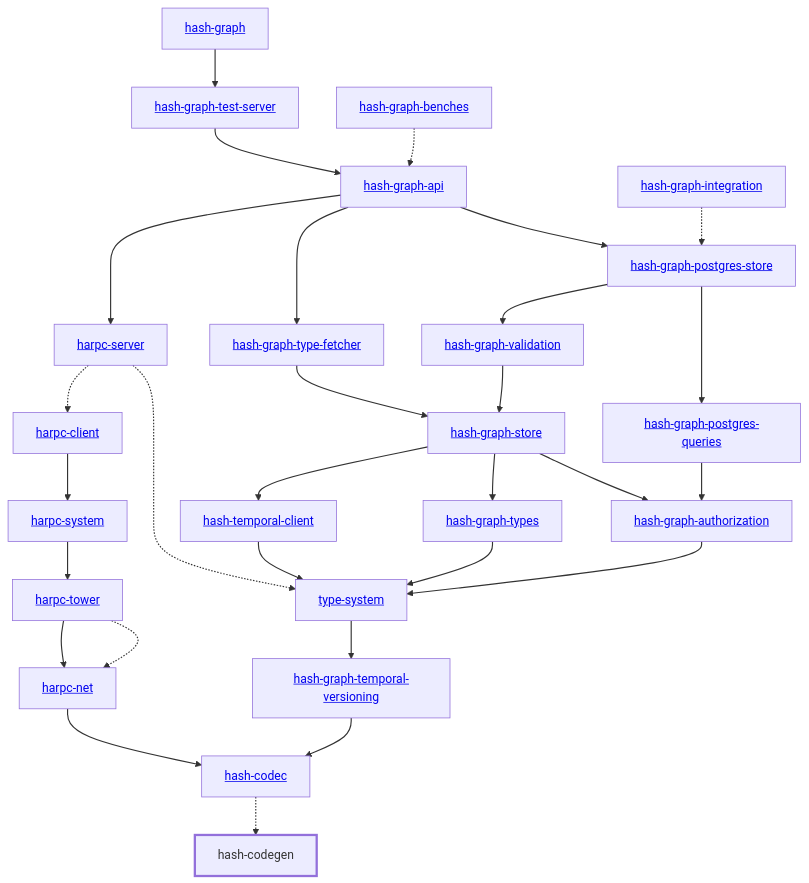
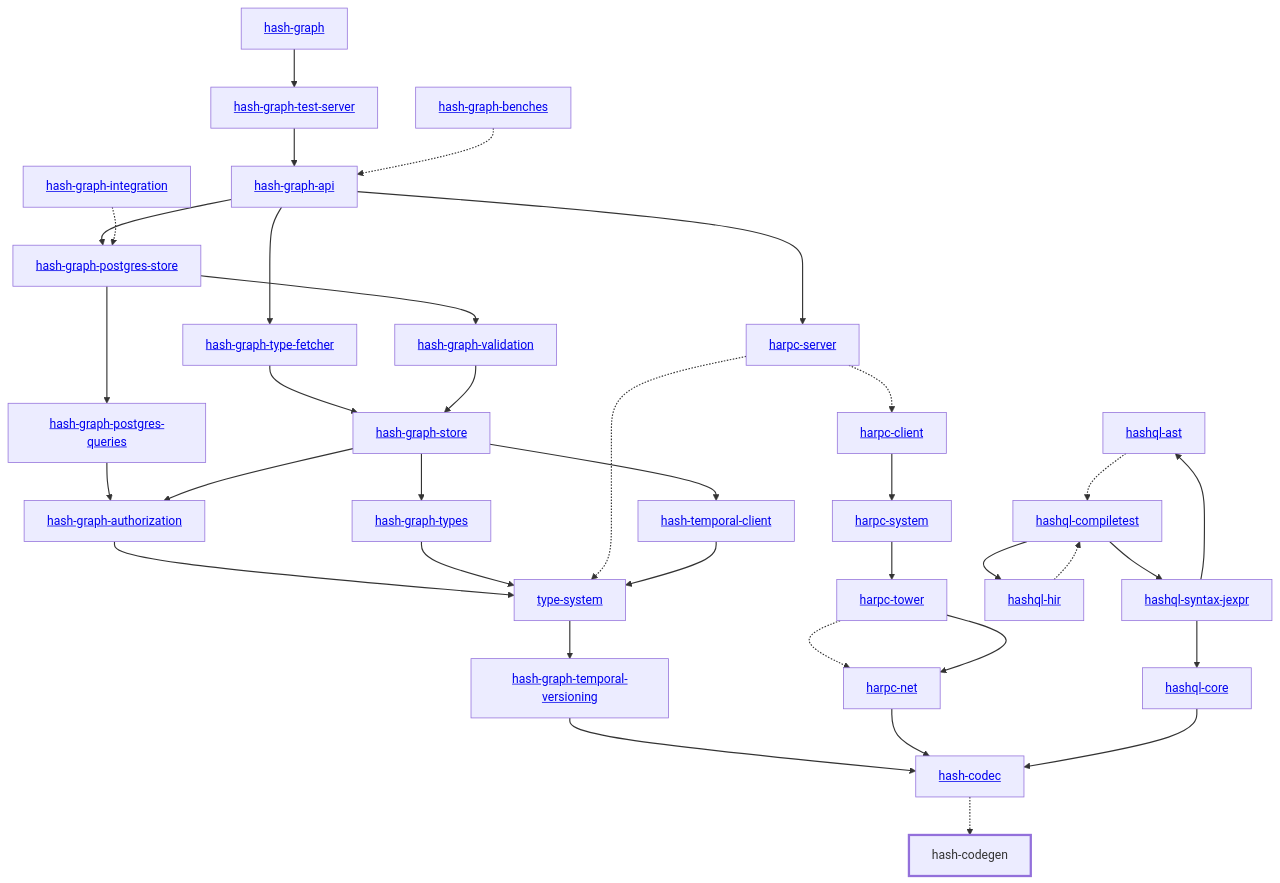
Before and after one commit to hashintel/hash: the diagram in libs/@local/codegen/docs/dependency-diagram.mmd, drawn with Mermaid. The commit also changed 8 other files, not shown here.

Commit message:
fix: dependency diagram

```diff
--- a/libs/@local/codegen/docs/dependency-diagram.mmd
+++ b/libs/@local/codegen/docs/dependency-diagram.mmd
@@ -1,61 +1,73 @@
 graph TD
     linkStyle default stroke-width:1.5px
     classDef default stroke-width:1px
     classDef root stroke-width:3px
     classDef dev stroke-width:1px
     classDef build stroke-width:1px
     %% Legend
     %% --> : Normal dependency
     %% -.-> : Dev dependency
     %% ---> : Build dependency
     0[<a href="../hash_graph">hash-graph</a>]
     1[<a href="../type_system">type-system</a>]
     2[<a href="../hash_codec">hash-codec</a>]
     3[hash-codegen]
     class 3 root
     4[<a href="../hash_graph_api">hash-graph-api</a>]
     5[<a href="../hash_graph_authorization">hash-graph-authorization</a>]
     6[<a href="../hash_graph_postgres_queries">hash-graph-postgres-queries</a>]
     7[<a href="../hash_graph_postgres_store">hash-graph-postgres-store</a>]
     8[<a href="../hash_graph_store">hash-graph-store</a>]
     9[<a href="../hash_graph_temporal_versioning">hash-graph-temporal-versioning</a>]
     10[<a href="../hash_graph_test_server">hash-graph-test-server</a>]
     11[<a href="../hash_graph_type_fetcher">hash-graph-type-fetcher</a>]
     12[<a href="../hash_graph_types">hash-graph-types</a>]
     13[<a href="../hash_graph_validation">hash-graph-validation</a>]
     14[<a href="../harpc_client">harpc-client</a>]
     15[<a href="../harpc_net">harpc-net</a>]
     16[<a href="../harpc_server">harpc-server</a>]
     17[<a href="../harpc_system">harpc-system</a>]
     18[<a href="../harpc_tower">harpc-tower</a>]
-    19[<a href="../hash_temporal_client">hash-temporal-client</a>]
-    20[<a href="../hash_graph_benches">hash-graph-benches</a>]
-    21[<a href="../hash_graph_integration">hash-graph-integration</a>]
+    19[<a href="../hashql_ast">hashql-ast</a>]
+    20[<a href="../hashql_compiletest">hashql-compiletest</a>]
+    21[<a href="../hashql_core">hashql-core</a>]
+    22[<a href="../hashql_hir">hashql-hir</a>]
+    23[<a href="../hashql_syntax_jexpr">hashql-syntax-jexpr</a>]
+    24[<a href="../hash_temporal_client">hash-temporal-client</a>]
+    25[<a href="../hash_graph_benches">hash-graph-benches</a>]
+    26[<a href="../hash_graph_integration">hash-graph-integration</a>]
     0 --> 10
     1 --> 9
     2 -.-> 3
     4 --> 7
     4 --> 11
     4 --> 16
     5 --> 1
     6 --> 5
     7 --> 6
     7 --> 13
     8 --> 5
     8 --> 12
-    8 --> 19
+    8 --> 24
     9 --> 2
     10 --> 4
     11 --> 8
     12 --> 1
     13 --> 8
     14 --> 17
     15 --> 2
     16 -.-> 1
     16 -.-> 14
     17 --> 18
     18 -.-> 15
     18 --> 15
-    19 --> 1
-    20 -.-> 4
-    21 -.-> 7
+    19 -.-> 20
+    20 --> 22
+    20 --> 23
+    21 --> 2
+    22 -.-> 20
+    23 --> 19
+    23 --> 21
+    24 --> 1
+    25 -.-> 4
+    26 -.-> 7
```
